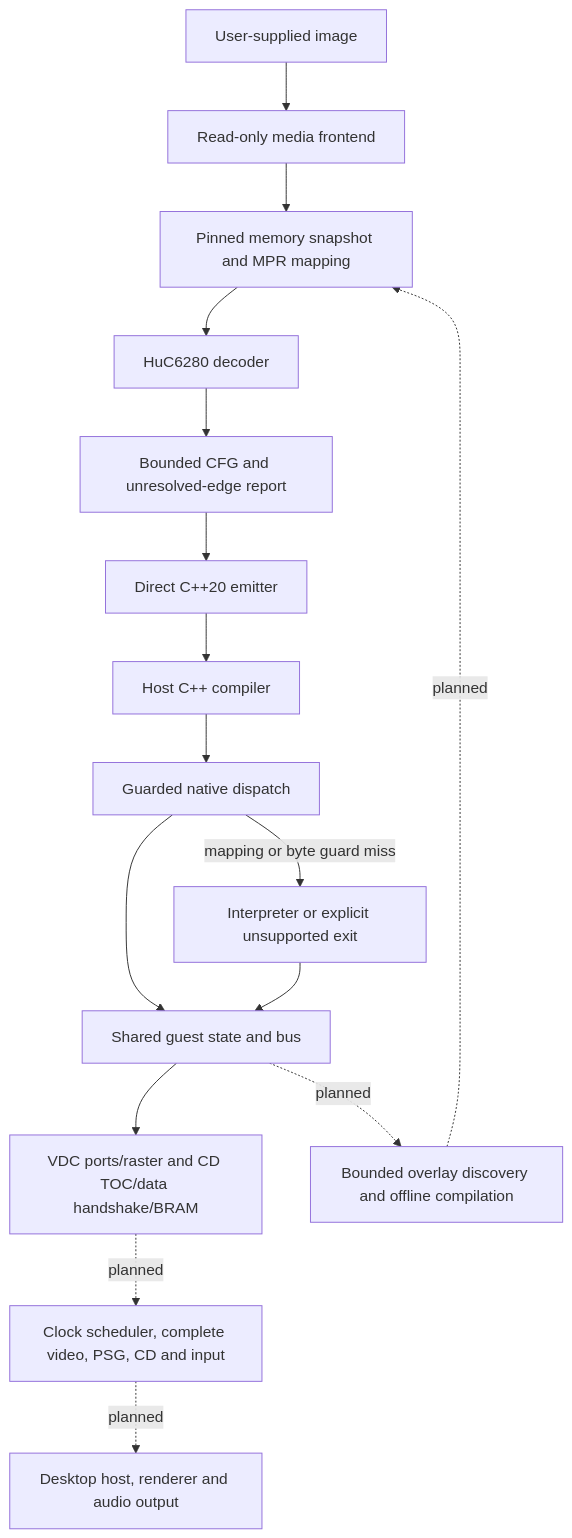
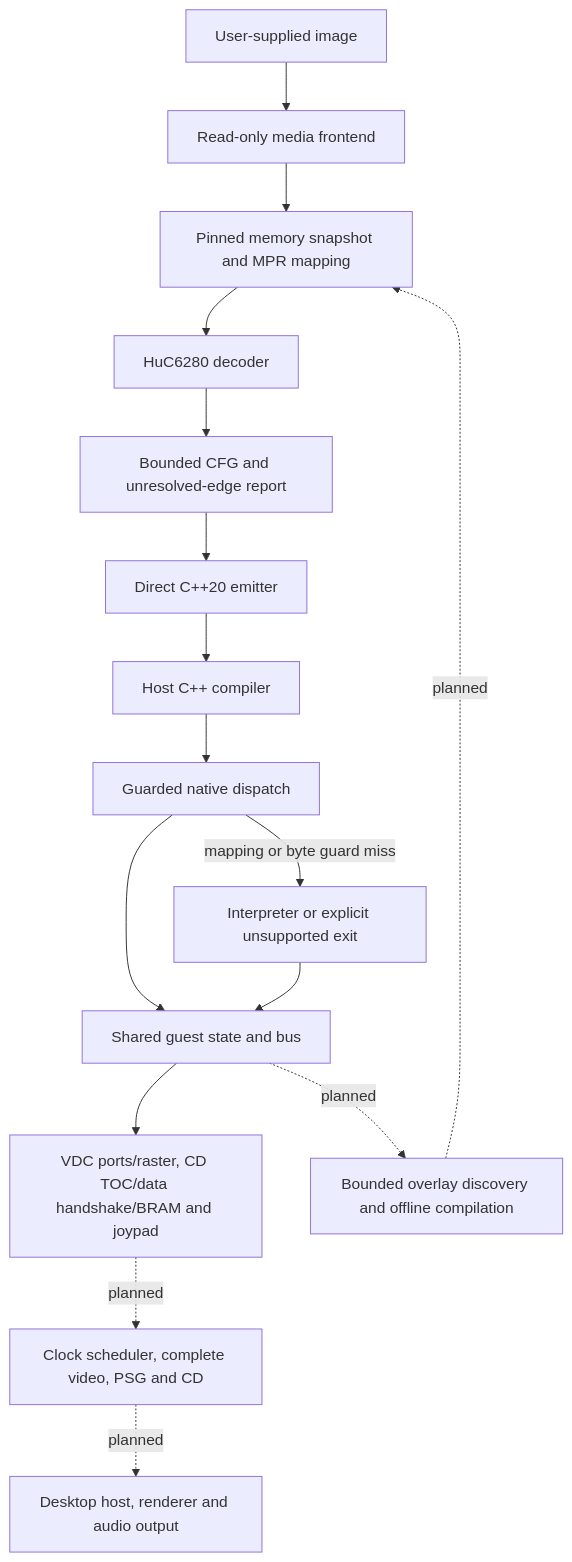
The diagram in docs/ARCHITECTURE.md (rages4calm/pcenginerecomp), drawn with Mermaid before and after one commit. The commit also changed other lines of this file and 25 other files, not shown here.

Commit message:
Implement joypad ports, six-button controllers and multitap

````diff
--- a/docs/ARCHITECTURE.md
+++ b/docs/ARCHITECTURE.md
@@ -9,18 +9,18 @@
 ```mermaid
 flowchart TD
   Image[User-supplied image] --> Media[Read-only media frontend]
   Media --> Snapshot[Pinned memory snapshot and MPR mapping]
   Snapshot --> Decode[HuC6280 decoder]
   Decode --> CFG[Bounded CFG and unresolved-edge report]
   CFG --> Emit[Direct C++20 emitter]
   Emit --> Compiler[Host C++ compiler]
   Compiler --> Native[Guarded native dispatch]
   Native --> Bus[Shared guest state and bus]
   Native -->|mapping or byte guard miss| Fallback[Interpreter or explicit unsupported exit]
   Fallback --> Bus
-  Bus --> Profiles[VDC ports/raster and CD TOC/data handshake/BRAM]
-  Profiles -. planned .-> Devices[Clock scheduler, complete video, PSG, CD and input]
+  Bus --> Profiles[VDC ports/raster, CD TOC/data handshake/BRAM and joypad]
+  Profiles -. planned .-> Devices[Clock scheduler, complete video, PSG and CD]
   Devices -. planned .-> Host[Desktop host, renderer and audio output]
   Bus -. planned .-> Capture[Bounded overlay discovery and offline compilation]
   Capture -. planned .-> Snapshot
 ```
````
